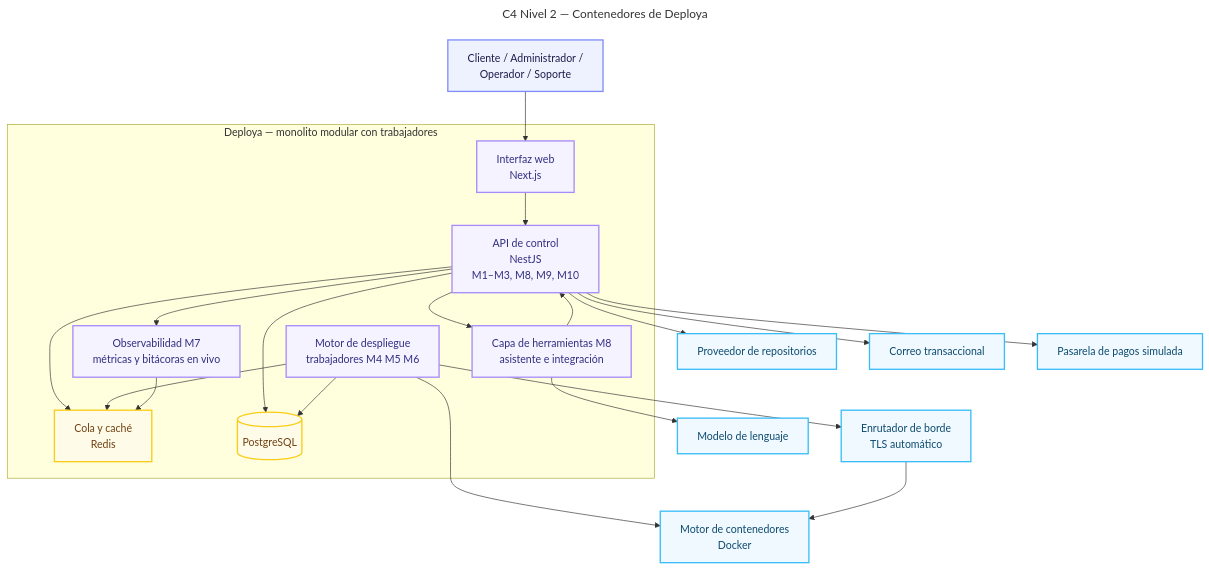
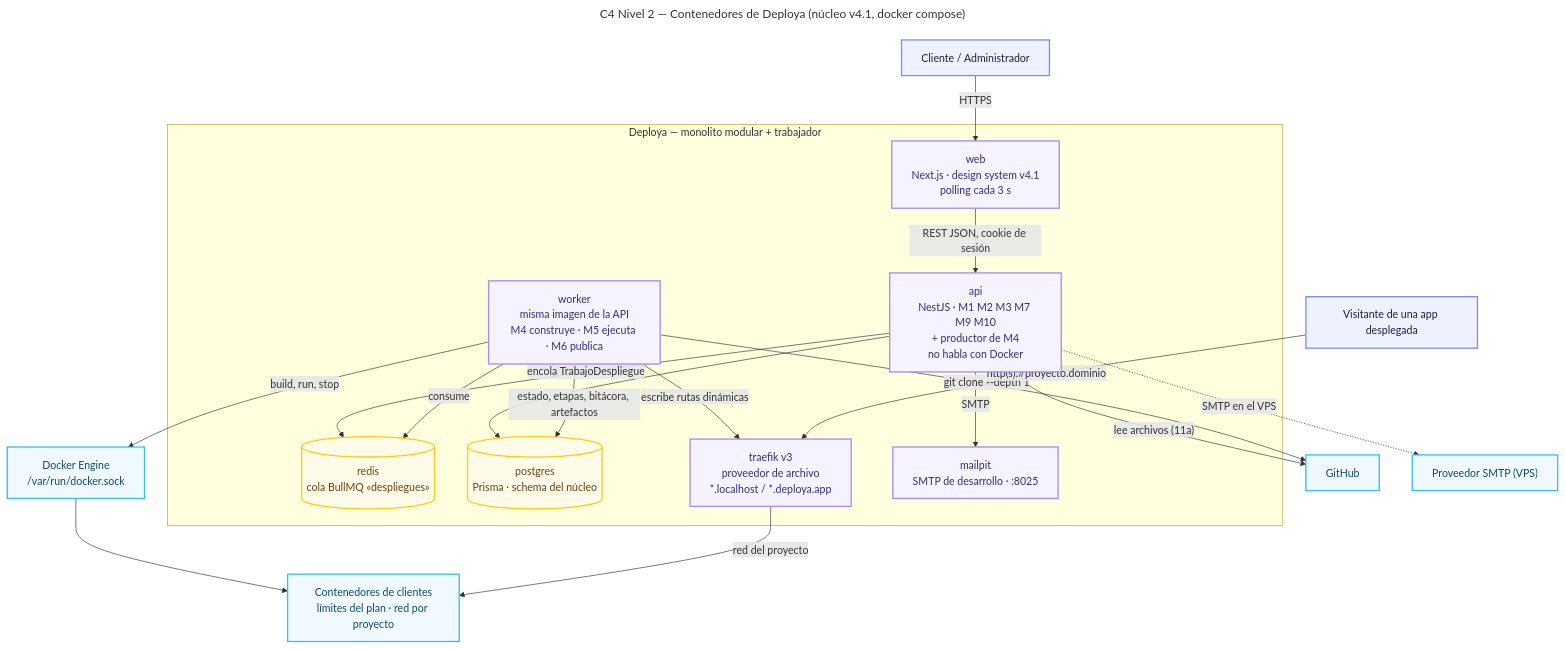
Before and after one commit to derekCmorales/deploya: the diagram in docs/diagramas/compartido/c4-contenedores.mmd, drawn with Mermaid. The commit also changed 24 other files, not shown here.

First line of the commit message:
docs(m4): diseño firmado del motor, contratos y diagramas al núcleo v4.1

```diff
--- a/docs/diagramas/compartido/c4-contenedores.mmd
+++ b/docs/diagramas/compartido/c4-contenedores.mmd
@@ -1,49 +1,46 @@
 ---
-title: C4 Nivel 2 — Contenedores de Deploya
+title: C4 Nivel 2 — Contenedores de Deploya (núcleo v4.1, docker compose)
 ---
 flowchart TB
-    CLIENTE["Cliente / Administrador /<br/>Operador / Soporte"]
+    CLIENTE["Cliente / Administrador"]
+    VISITANTE["Visitante de una app desplegada"]
 
-    subgraph DEPLOYA["Deploya — monolito modular con trabajadores"]
-        WEB["Interfaz web<br/>Next.js"]
-        API["API de control<br/>NestJS<br/>M1–M3, M8, M9, M10"]
-        MOTOR["Motor de despliegue<br/>trabajadores M4 M5 M6"]
-        HERR["Capa de herramientas M8<br/>asistente e integración"]
-        OBS["Observabilidad M7<br/>métricas y bitácoras en vivo"]
-        COLA["Cola y caché<br/>Redis"]
-        BD[("PostgreSQL")]
+    subgraph DEPLOYA["Deploya — monolito modular + trabajador"]
+        WEB["web<br/>Next.js · design system v4.1<br/>polling cada 3 s"]
+        API["api<br/>NestJS · M1 M2 M3 M7 M9 M10<br/>+ productor de M4<br/>no habla con Docker"]
+        WORKER["worker<br/>misma imagen de la API<br/>M4 construye · M5 ejecuta · M6 publica"]
+        REDIS[("redis<br/>cola BullMQ «despliegues»")]
+        BD[("postgres<br/>Prisma · schema del núcleo")]
+        EDGE["traefik v3<br/>proveedor de archivo<br/>*.localhost / *.deploya.app"]
+        MAILPIT["mailpit<br/>SMTP de desarrollo · :8025"]
     end
 
-    NUBE["Motor de contenedores<br/>Docker"]
-    EDGE["Enrutador de borde<br/>TLS automático"]
-    GIT["Proveedor de repositorios"]
-    CORREO["Correo transaccional"]
-    PAGOS["Pasarela de pagos simulada"]
-    LLM["Modelo de lenguaje"]
+    DOCKER["Docker Engine<br/>/var/run/docker.sock"]
+    APPS["Contenedores de clientes<br/>límites del plan · red por proyecto"]
+    GIT["GitHub"]
+    SMTP["Proveedor SMTP (VPS)"]
 
-    CLIENTE --> WEB
-    WEB --> API
+    CLIENTE -->|HTTPS| WEB
+    WEB -->|"REST JSON, cookie de sesión"| API
     API --> BD
-    API --> COLA
-    API --> HERR
-    API --> OBS
-    MOTOR --> COLA
-    MOTOR --> BD
-    MOTOR --> NUBE
-    MOTOR --> EDGE
-    OBS --> COLA
-    HERR --> API
-    HERR --> LLM
-    API --> CORREO
-    API --> PAGOS
-    API --> GIT
-    EDGE --> NUBE
+    API -->|"encola TrabajoDespliegue"| REDIS
+    API -->|"lee archivos (11a)"| GIT
+    API -->|"SMTP"| MAILPIT
+    API -.->|"SMTP en el VPS"| SMTP
+    WORKER -->|"consume"| REDIS
+    WORKER -->|"estado, etapas, bitácora, artefactos"| BD
+    WORKER -->|"git clone --depth 1"| GIT
+    WORKER -->|"build, run, stop"| DOCKER
+    WORKER -->|"escribe rutas dinámicas"| EDGE
+    DOCKER --> APPS
+    VISITANTE -->|"http(s)://proyecto.dominio"| EDGE
+    EDGE -->|"red del proyecto"| APPS
 
     classDef persona fill:#eef2ff,stroke:#818cf8,stroke-width:2px,color:#1e1b4b
     classDef app fill:#f5f3ff,stroke:#a78bfa,stroke-width:2px,color:#312e81
     classDef data fill:#fefce8,stroke:#facc15,stroke-width:2px,color:#713f12
     classDef ext fill:#f0f9ff,stroke:#38bdf8,stroke-width:2px,color:#0c4a6e
-    class CLIENTE persona
-    class WEB,API,MOTOR,HERR,OBS app
-    class COLA,BD data
-    class NUBE,EDGE,GIT,CORREO,PAGOS,LLM ext
+    class CLIENTE,VISITANTE persona
+    class WEB,API,WORKER,EDGE,MAILPIT app
+    class REDIS,BD data
+    class DOCKER,APPS,GIT,SMTP ext
```
